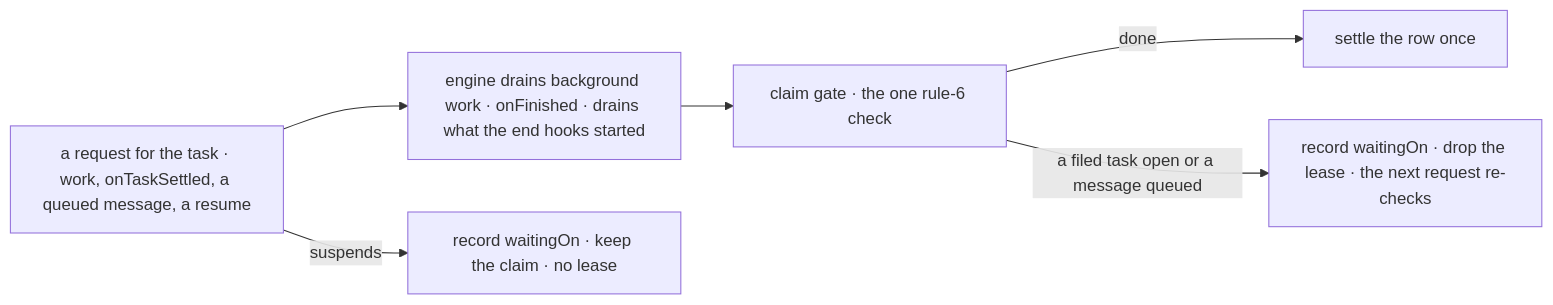
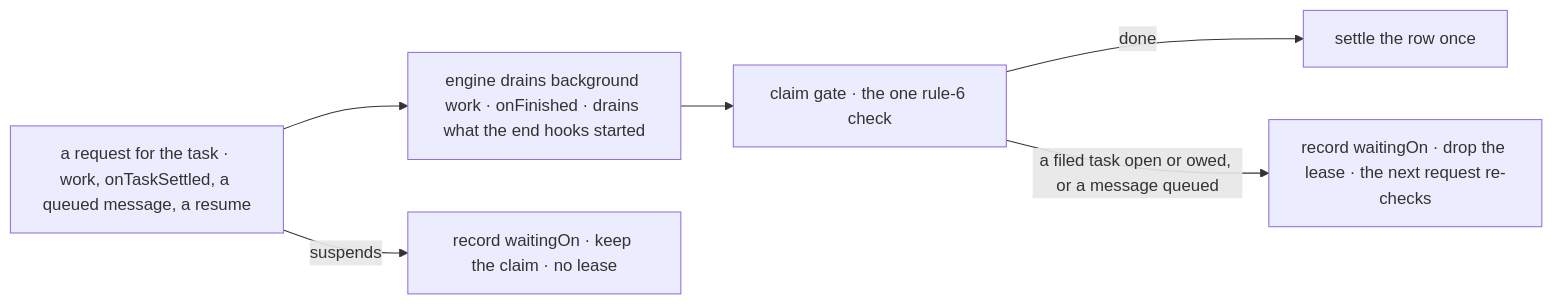
Before and after one commit to fixpoint-labs/flow-state-dev: the second of 2 diagrams in specs/issues/FIX-2077/SPEC.md, drawn with Mermaid. The commit also changed other lines of this file and 1 other file, not shown here.

First line of the commit message:
spec(FIX-2077): rule 6 counts a filed task's owed ending (post-merge amendment)

````diff
--- a/specs/issues/FIX-2077/SPEC.md
+++ b/specs/issues/FIX-2077/SPEC.md
@@ -81,8 +81,8 @@
 ```mermaid
 flowchart LR
   W["a request for the task · work, onTaskSettled, a queued message, a resume"] --> E["engine drains background work · onFinished · drains what the end hooks started"]
   E --> G["claim gate · the one rule-6 check"]
   G -->|"done"| S["settle the row once"]
-  G -->|"a filed task open or a message queued"| H["record waitingOn · drop the lease · the next request re-checks"]
+  G -->|"a filed task open or owed, or a message queued"| H["record waitingOn · drop the lease · the next request re-checks"]
   W -->|"suspends"| K["record waitingOn · keep the claim · no lease"]
 ```
````
